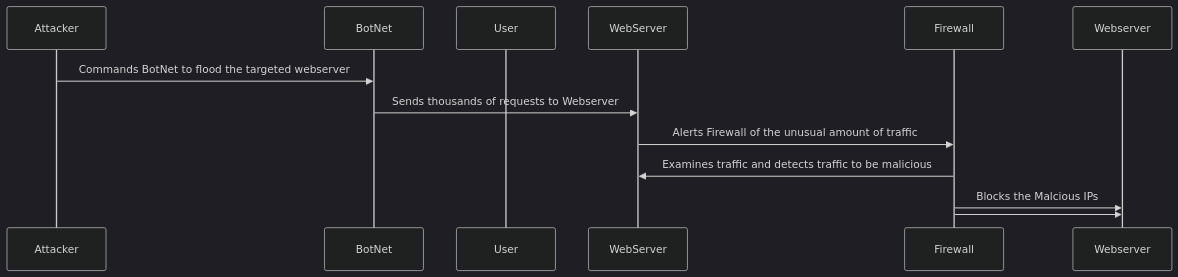
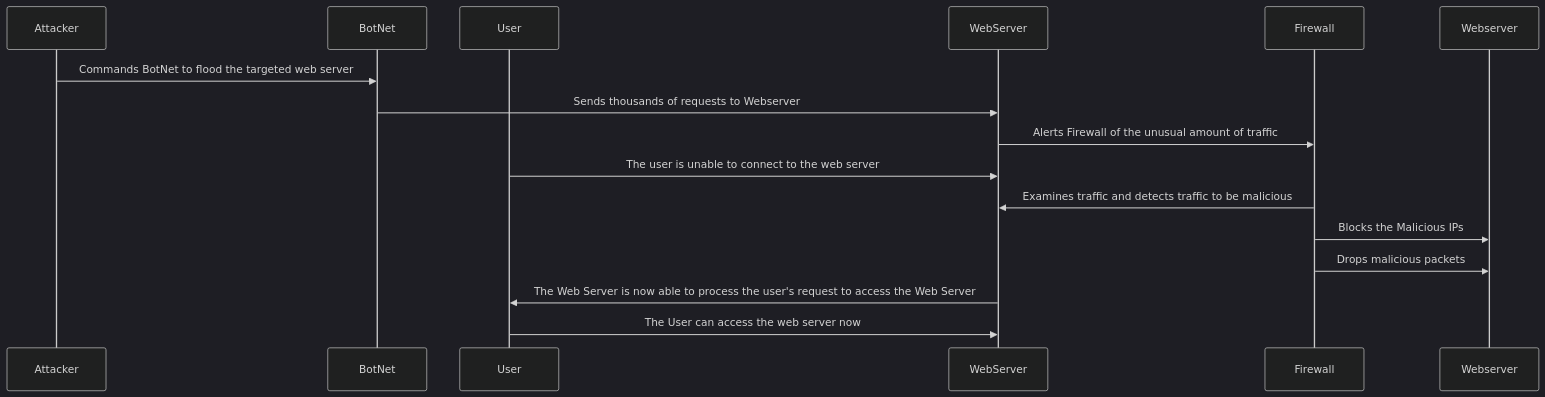
Before and after one commit to blking5/blking5.github.io: the diagram in DDoS_Attack_Sequence.md, drawn with Mermaid (dark theme). The commit also changed other lines of this file, not shown here.

````diff
--- a/DDoS_Attack_Sequence.md
+++ b/DDoS_Attack_Sequence.md
@@ -1,16 +1,18 @@
 ```mermaid
 sequenceDiagram
 participant Attacker
 participant BotNet
 participant User
 participant WebServer
 participant Firewall
 
-Attacker->>BotNet: Commands BotNet to flood the targeted webserver
+Attacker->>BotNet: Commands BotNet to flood the targeted web server
 BotNet->>WebServer: Sends thousands of requests to Webserver
 WebServer->>Firewall: Alerts Firewall of the unusual amount of traffic
+User->>WebServer: The user is unable to connect to the web server
 Firewall->>WebServer: Examines traffic and detects traffic to be malicious
-Firewall->>Webserver: Blocks the Malcious IPs
-Firewall->>Webserver: 
- 
+Firewall->>Webserver: Blocks the Malicious IPs
+Firewall->>Webserver: Drops malicious packets
+WebServer->>User: The Web Server is now able to process the user's request to access the Web Server
+User->>WebServer: The User can access the web server now
 ```
````
